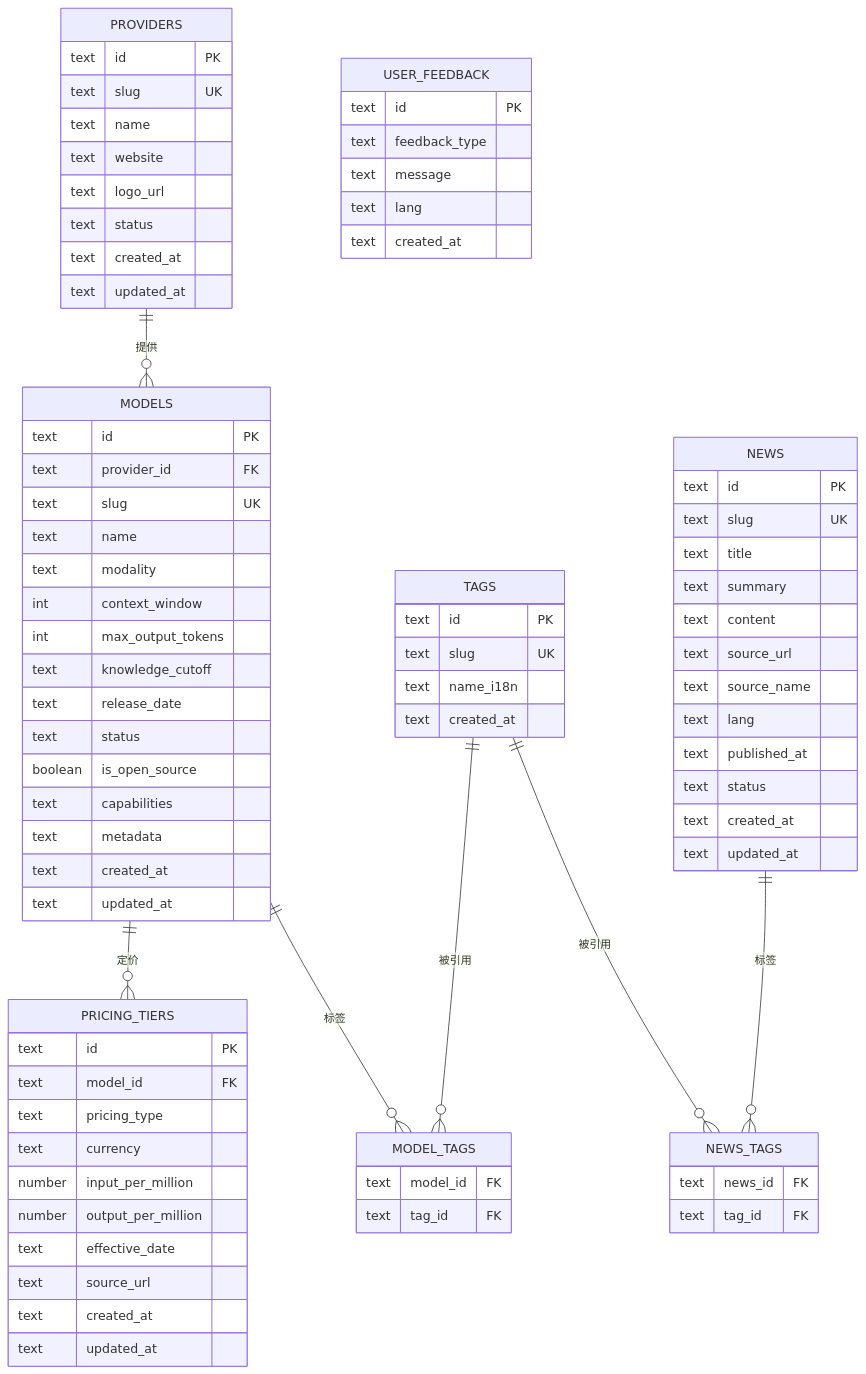
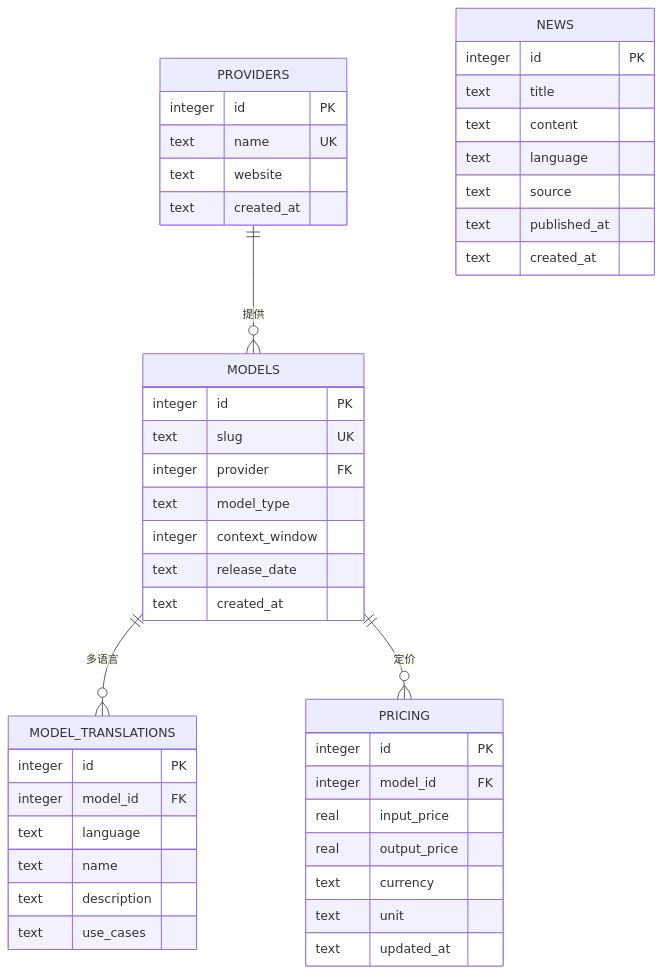
The diagram in docs/database-design.md (crazynotesman-svg/ai-model-platform), drawn with Mermaid before and after one commit. The commit also changed other lines of this file and 6 other files, not shown here.

Commit message:
Phase 3a: AI model data system - D1 schema (providers/models/model_translations/pricing/news), initial migration, idempotent seed (4 providers, 11 models), docs alignment

````diff
--- a/docs/database-design.md
+++ b/docs/database-design.md
@@ -18,84 +7,48 @@
 ```mermaid
 erDiagram
     PROVIDERS ||--o{ MODELS : "提供"
-    MODELS ||--o{ PRICING_TIERS : "定价"
-    MODELS ||--o{ MODEL_TAGS : "标签"
-    TAGS ||--o{ MODEL_TAGS : "被引用"
-    NEWS ||--o{ NEWS_TAGS : "标签"
-    TAGS ||--o{ NEWS_TAGS : "被引用"
+    MODELS ||--o{ MODEL_TRANSLATIONS : "多语言"
+    MODELS ||--o{ PRICING : "定价"
 
     PROVIDERS {
-        text id PK
+        integer id PK
+        text name UK
+        text website
+        text created_at
+    }
+    MODELS {
+        integer id PK
         text slug UK
+        integer provider FK
+        text model_type
+        integer context_window
+        text release_date
+        text created_at
+    }
+    MODEL_TRANSLATIONS {
+        integer id PK
+        integer model_id FK
+        text language
         text name
-        text website
-        text logo_url
-        text status
-        text created_at
+        text description
+        text use_cases
+    }
+    PRICING {
+        integer id PK
+        integer model_id FK
+        real input_price
+        real output_price
+        text currency
+        text unit
         text updated_at
     }
-    MODELS {
-        text id PK
-        text provider_id FK
-        text slug UK
-        text name
-        text modality
-        int context_window
-        int max_output_tokens
-        text knowledge_cutoff
-        text release_date
-        text status
-        boolean is_open_source
-        text capabilities
-        text metadata
-        text created_at
-        text updated_at
-    }
-    PRICING_TIERS {
-        text id PK
-        text model_id FK
-        text pricing_type
-        text currency
-        number input_per_million
-        number output_per_million
-        text effective_date
-        text source_url
-        text created_at
-        text updated_at
-    }
-    TAGS {
-        text id PK
-        text slug UK
-        text name_i18n
-        text created_at
-    }
-    MODEL_TAGS {
-        text model_id FK
-        text tag_id FK
-    }
     NEWS {
-        text id PK
-        text slug UK
+        integer id PK
         text title
-        text summary
         text content
-        text source_url
-        text source_name
-        text lang
+        text language
+        text source
         text published_at
-        text status
-        text created_at
-        text updated_at
-    }
-    NEWS_TAGS {
-        text news_id FK
-        text tag_id FK
-    }
-    USER_FEEDBACK {
-        text id PK
-        text feedback_type
-        text message
-        text lang
         text created_at
     }
 ```
````
